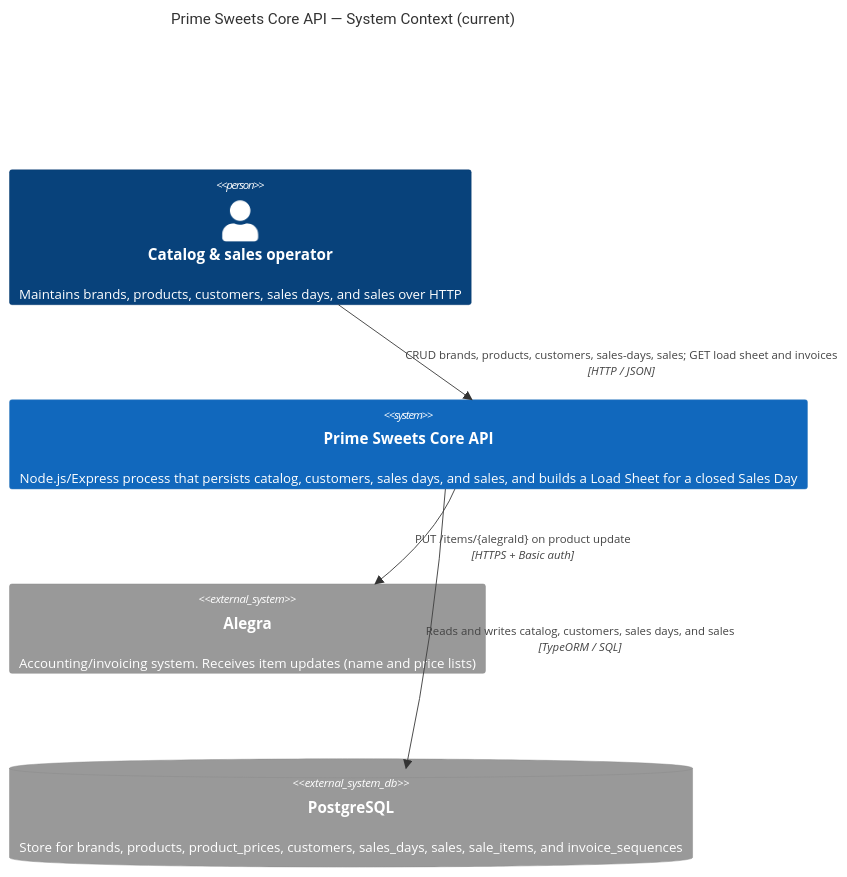
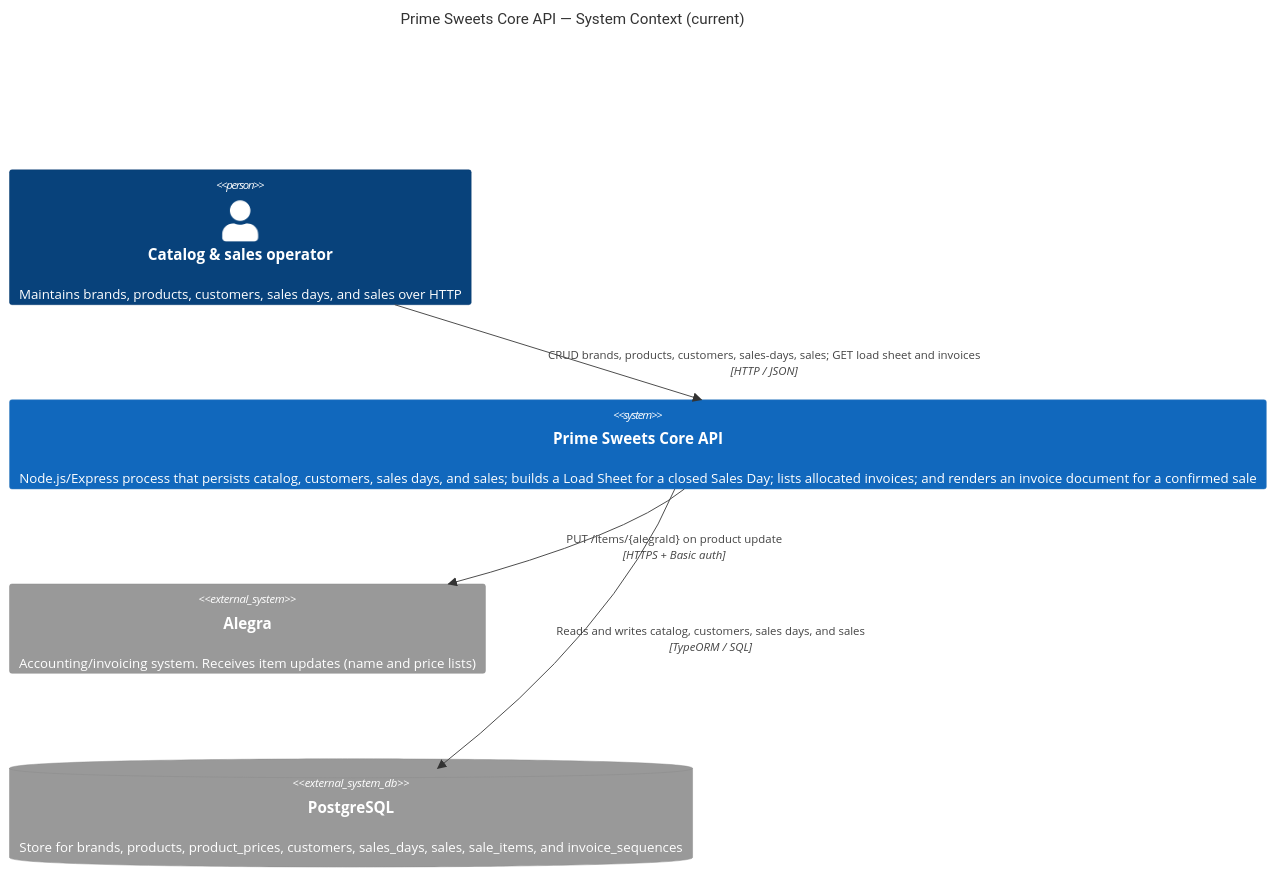
One commit to X01SERYO/prime-sweets-api changed the diagram in docs/architecture/01-context.md. Above: the diagram before and after it, drawn with Mermaid. The commit also changed other lines of this file and 7 other files, not shown here.

````diff
--- a/docs/architecture/01-context.md
+++ b/docs/architecture/01-context.md
@@ -9,13 +9,13 @@
 ```mermaid
 C4Context
 title Prime Sweets Core API — System Context (current)
 
 Person(operator, "Catalog & sales operator", "Maintains brands, products, customers, sales days, and sales over HTTP")
-System(api, "Prime Sweets Core API", "Node.js/Express process that persists catalog, customers, sales days, and sales, and builds a Load Sheet for a closed Sales Day")
+System(api, "Prime Sweets Core API", "Node.js/Express process that persists catalog, customers, sales days, and sales; builds a Load Sheet for a closed Sales Day; lists allocated invoices; and renders an invoice document for a confirmed sale")
 System_Ext(alegra, "Alegra", "Accounting/invoicing system. Receives item updates (name and price lists)")
 SystemDb_Ext(postgres, "PostgreSQL", "Store for brands, products, product_prices, customers, sales_days, sales, sale_items, and invoice_sequences")
 
 Rel(operator, api, "CRUD brands, products, customers, sales-days, sales; GET load sheet and invoices", "HTTP / JSON")
 Rel(api, postgres, "Reads and writes catalog, customers, sales days, and sales", "TypeORM / SQL")
 Rel(api, alegra, "PUT /items/{alegraId} on product update", "HTTPS + Basic auth")
 ```
````
